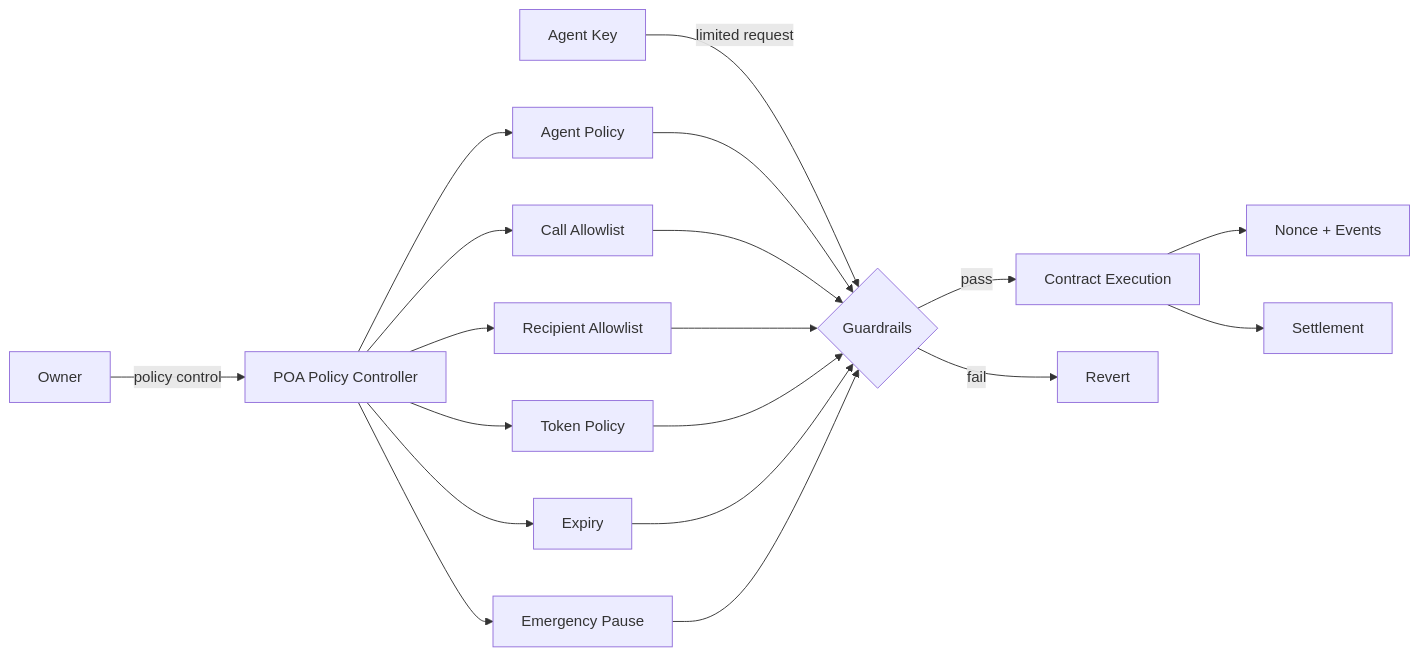
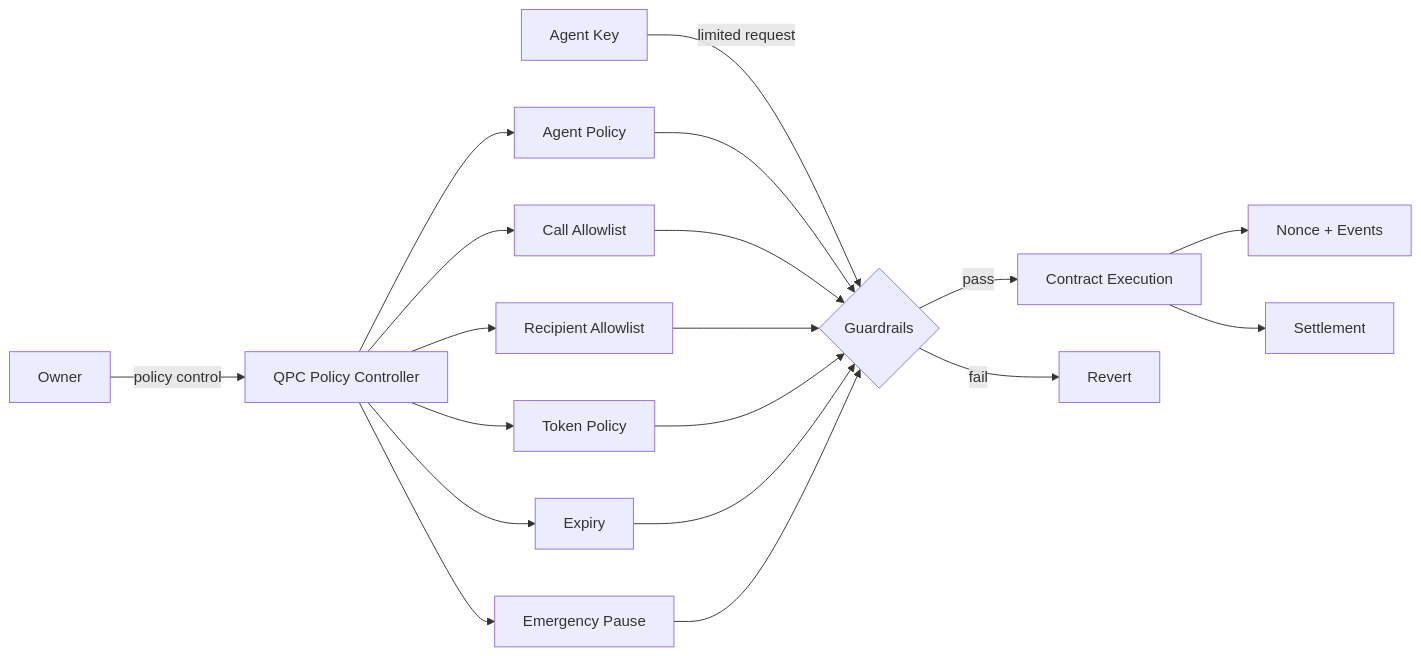
One commit to wadezigh96/pQp_contracts changed the second of 2 diagrams in README.md. Above: the diagram before and after it, drawn with Mermaid. The commit also changed other lines of this file and 8 other files, not shown here.

Commit message:
refactor: rename POA Agent Finance to QPC

````diff
--- a/README.md
+++ b/README.md
@@ -68,25 +68,25 @@
 ```mermaid
 flowchart LR
-    O[Owner] -->|policy control| PC[POA Policy Controller]
+    O[Owner] -->|policy control| PC[QPC Policy Controller]
 
     PC --> AP[Agent Policy]
     PC --> CL[Call Allowlist]
     PC --> RL[Recipient Allowlist]
     PC --> TP[Token Policy]
     PC --> EX[Expiry]
     PC --> PP[Emergency Pause]
 
     AG[Agent Key] -->|limited request| G{Guardrails}
     AP --> G
     CL --> G
     RL --> G
     TP --> G
     EX --> G
     PP --> G
 
     G -->|pass| CE[Contract Execution]
     G -->|fail| RE[Revert]
 
     CE --> EV[Nonce + Events]
     CE --> SET[Settlement]
 ```
````
